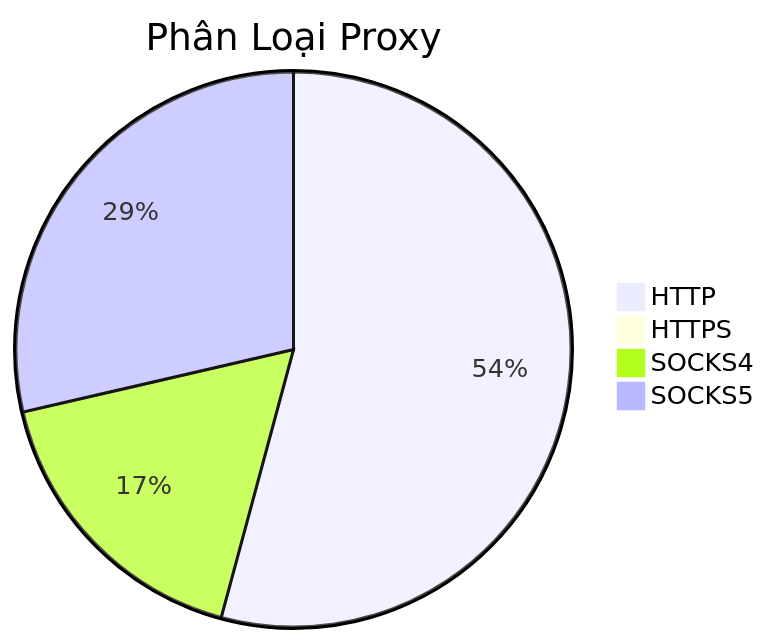
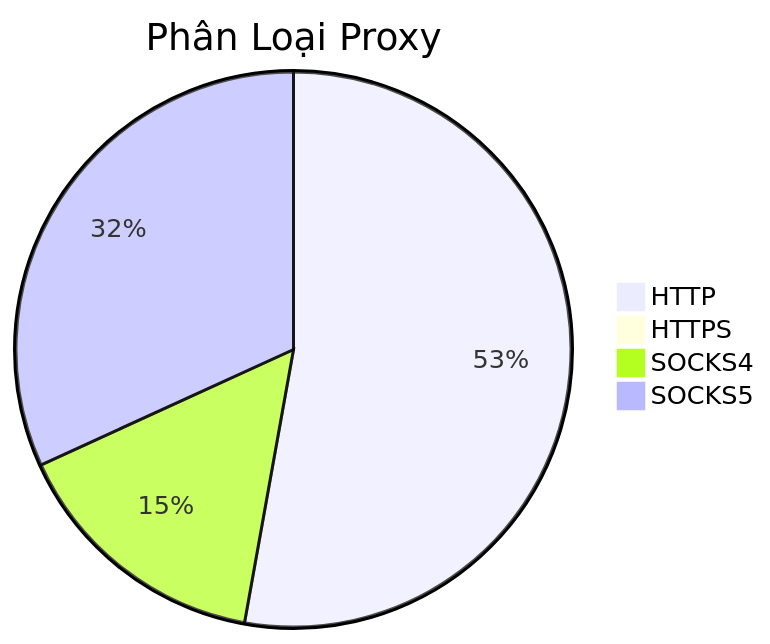
The diagram in README.md (Ciara-12/PROXY-free), drawn with Mermaid before and after one commit. The commit also changed other lines of this file and 3 other files, not shown here.

````diff
--- a/README.md
+++ b/README.md
@@ -26,7 +26,7 @@
 ```mermaid
 pie title Phân Loại Proxy
-    "HTTP" : 659
+    "HTTP" : 561
     "HTTPS" : 2
-    "SOCKS4" : 209
-    "SOCKS5" : 348
+    "SOCKS4" : 163
+    "SOCKS5" : 338
 ```
````
